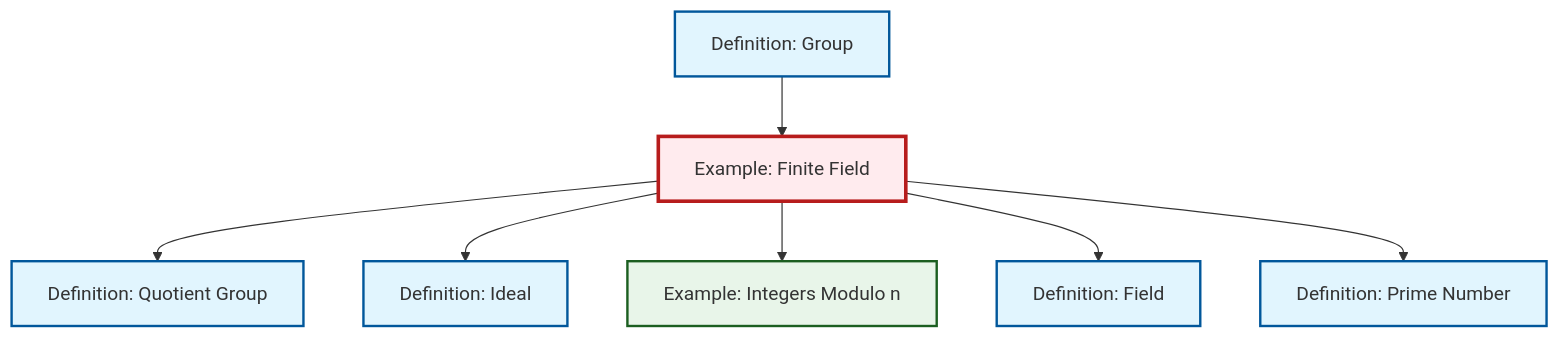
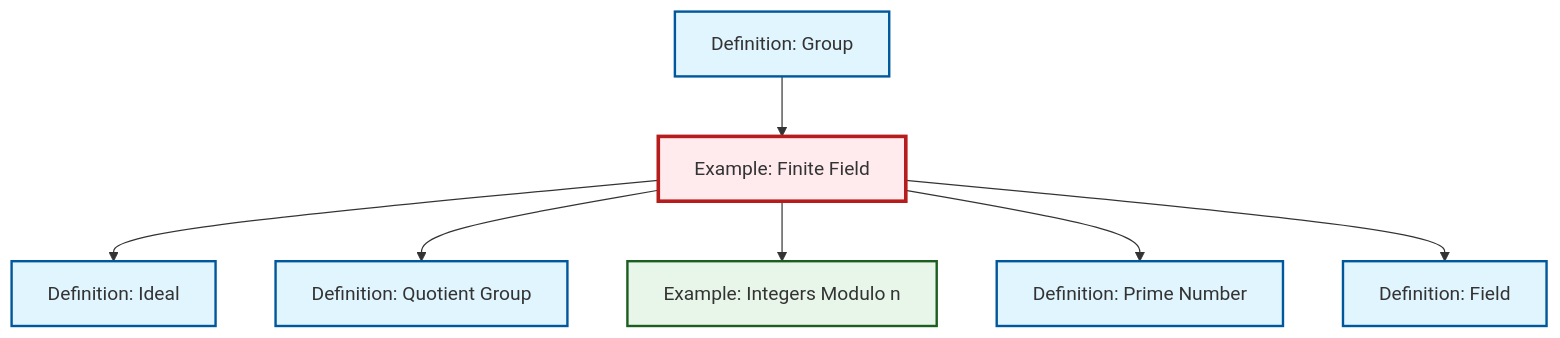
Before and after one commit to RK0429/ModernMath: the diagram in content/en/algebra/ex-finite-field.qmd, drawn with Mermaid. The commit also changed other lines of this file and 474 other files, not shown here.

````diff
--- a/content/en/algebra/ex-finite-field.qmd
+++ b/content/en/algebra/ex-finite-field.qmd
@@ -64,29 +64,29 @@
 ```{mermaid}
 %%| fig-cap: "Local dependency graph"
 graph TD
     classDef definition fill:#e1f5fe,stroke:#01579b,stroke-width:2px
     classDef theorem fill:#f3e5f5,stroke:#4a148c,stroke-width:2px
     classDef axiom fill:#fff3e0,stroke:#e65100,stroke-width:2px
     classDef example fill:#e8f5e9,stroke:#1b5e20,stroke-width:2px
     classDef current fill:#ffebee,stroke:#b71c1c,stroke-width:3px
+    def-ideal["Definition: Ideal"]:::definition
+    def-field["Definition: Field"]:::definition
+    def-quotient-group["Definition: Quotient Group"]:::definition
+    def-prime["Definition: Prime Number"]:::definition
+    def-group["Definition: Group"]:::definition
     ex-finite-field["Example: Finite Field"]:::example
     ex-quotient-integers-mod-n["Example: Integers Modulo n"]:::example
-    def-group["Definition: Group"]:::definition
-    def-prime["Definition: Prime Number"]:::definition
-    def-field["Definition: Field"]:::definition
-    def-quotient-group["Definition: Quotient Group"]:::definition
-    def-ideal["Definition: Ideal"]:::definition
+    ex-finite-field --> def-ideal
     ex-finite-field --> def-quotient-group
-    ex-finite-field --> def-ideal
+    def-group --> ex-finite-field
     ex-finite-field --> ex-quotient-integers-mod-n
+    ex-finite-field --> def-prime
     ex-finite-field --> def-field
-    ex-finite-field --> def-prime
-    def-group --> ex-finite-field
     class ex-finite-field current
-    click ex-quotient-integers-mod-n "ex-quotient-integers-mod-n.html" "Go to Integers Modulo n example"
-    click def-group "def-group.html" "Go to Group definition"
-    click def-prime "def-prime.html" "Go to Prime Number definition"
+    click def-ideal "def-ideal.html" "Go to Ideal definition"
     click def-field "def-field.html" "Go to Field definition"
     click def-quotient-group "def-quotient-group.html" "Go to Quotient Group definition"
-    click def-ideal "def-ideal.html" "Go to Ideal definition"
+    click def-prime "def-prime.html" "Go to Prime Number definition"
+    click def-group "def-group.html" "Go to Group definition"
+    click ex-quotient-integers-mod-n "ex-quotient-integers-mod-n.html" "Go to Integers Modulo n example"
 ```
````
